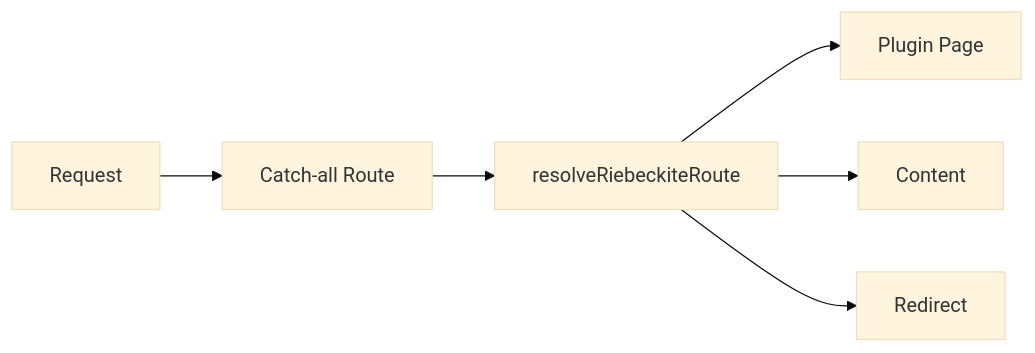
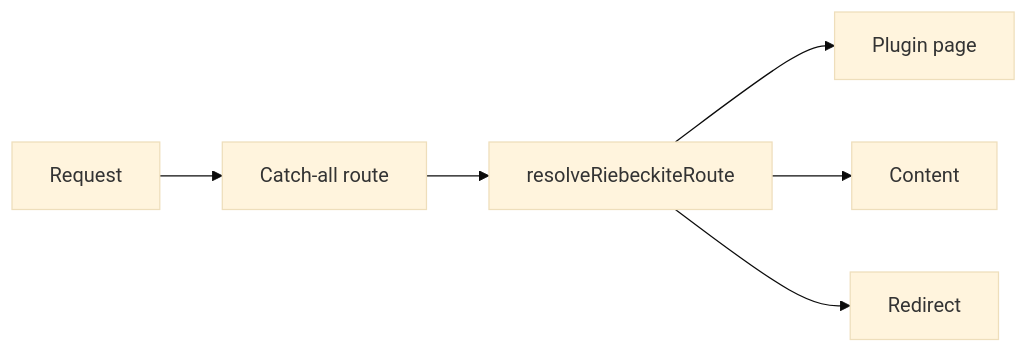
Before and after one commit to Rerurate514/riebeckite: the sixth of 14 diagrams in docs/docs/framework/page-system.md, drawn with Mermaid (base theme). The commit also changed other lines of this file and 604 other files, not shown here.

````diff
--- a/docs/docs/framework/page-system.md
+++ b/docs/docs/framework/page-system.md
@@ -134,16 +142,16 @@
-```mermaid id="ic50kb"
+```mermaid
 flowchart LR
     Request["Request"]
-    Catch["Catch-all Route"]
+    Catch["Catch-all route"]
     Resolver["resolveRiebeckiteRoute"]
-    Page["Plugin Page"]
+    Page["Plugin page"]
     Content["Content"]
     Redirect["Redirect"]
 
     Request --> Catch
     Catch --> Resolver
 
     Resolver --> Page
     Resolver --> Content
     Resolver --> Redirect
 ```
````
